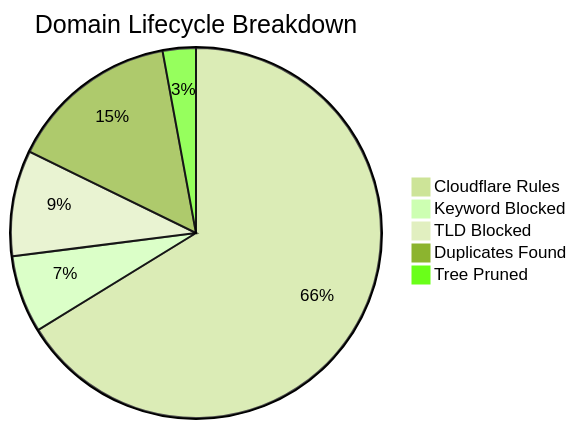
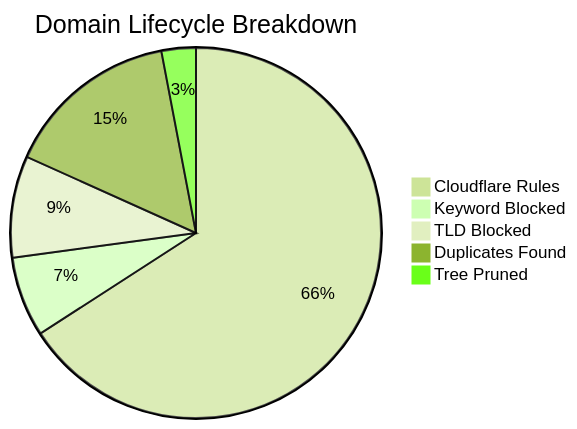
The diagram in README_STATS.md (brojangles24/Cloudflare-ZeroTrust-AdBlock), drawn with Mermaid (forest theme) before and after one commit. The commit also changed other lines of this file and 1 other file, not shown here.

````diff
--- a/README_STATS.md
+++ b/README_STATS.md
@@ -5,8 +5,8 @@
 ```mermaid
 pie title Domain Lifecycle Breakdown
-    "Cloudflare Rules" : 281553
-    "Keyword Blocked" : 28712
-    "TLD Blocked" : 39320
-    "Duplicates Found" : 63213
-    "Tree Pruned" : 12302
+    "Cloudflare Rules" : 270121
+    "Keyword Blocked" : 28685
+    "TLD Blocked" : 36370
+    "Duplicates Found" : 62612
+    "Tree Pruned" : 12298
 ```
````
